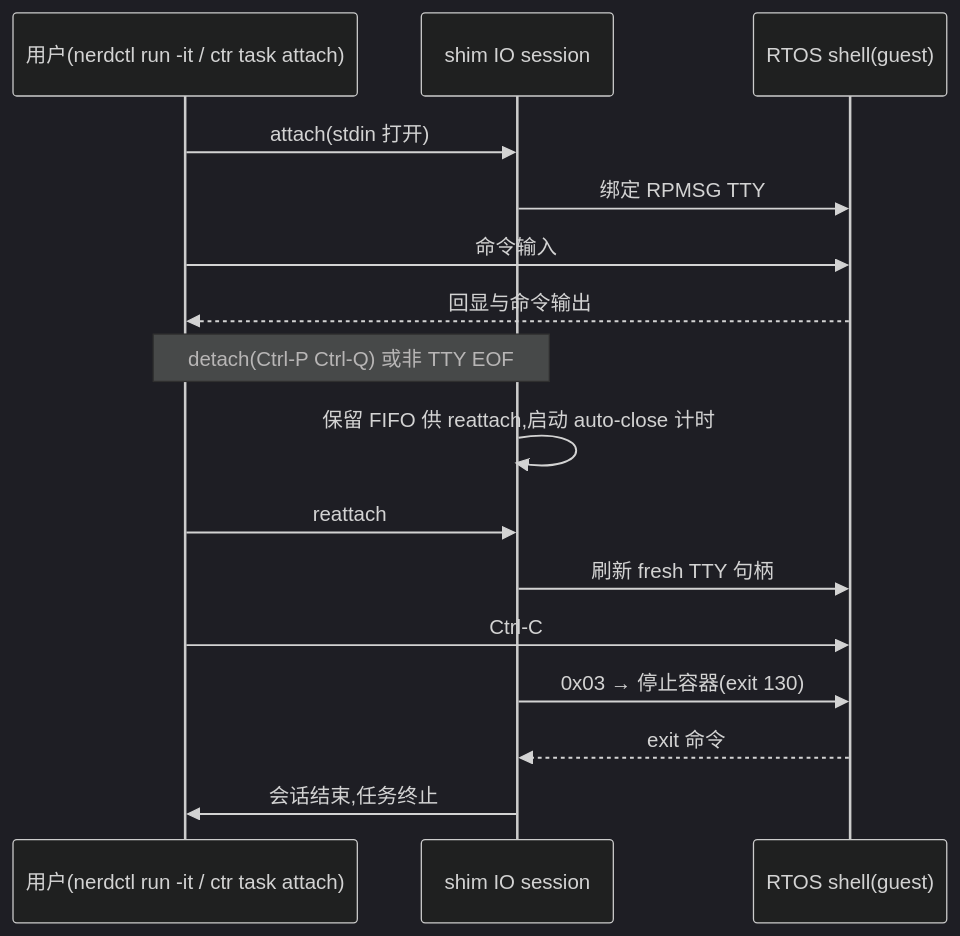
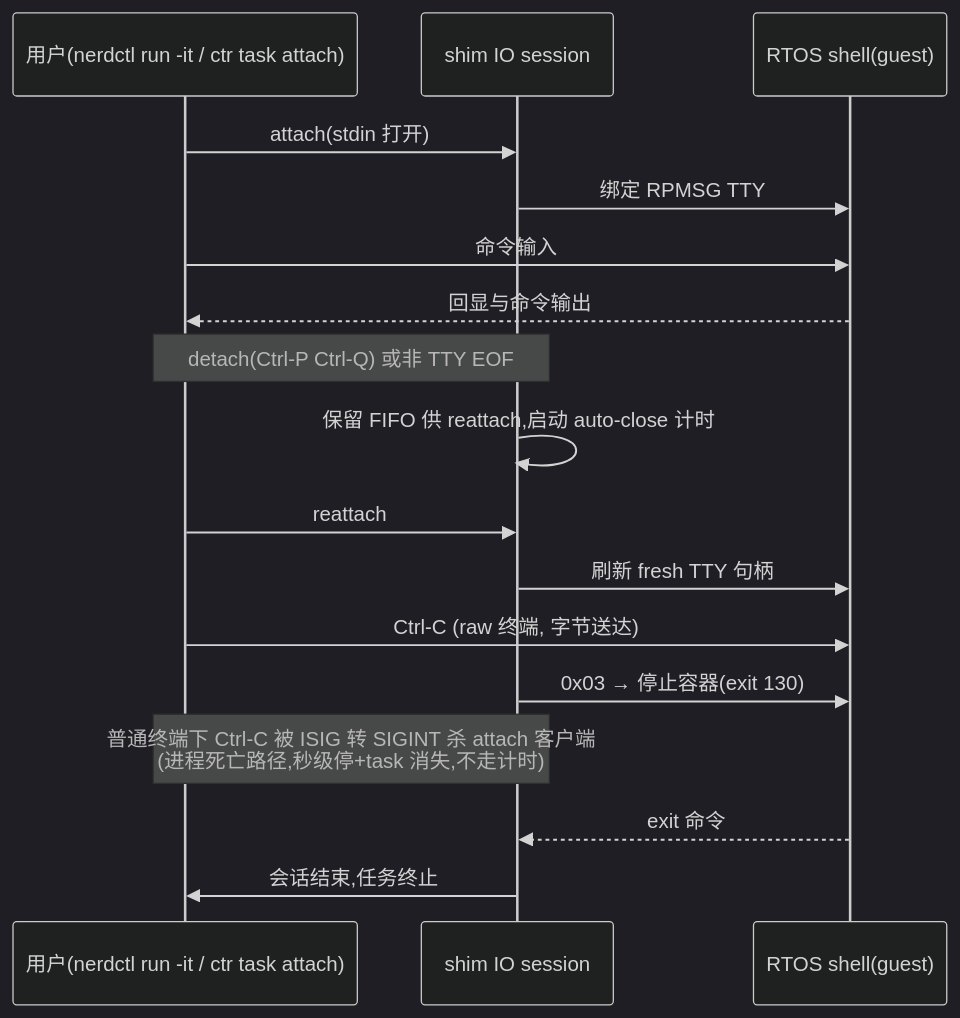
Before and after one commit to openeuler-mirror/mcs: the fifth of 8 diagrams in micrun/docs/README.md, drawn with Mermaid (dark theme). The commit also changed other lines of this file and 22 other files, not shown here.

````diff
--- a/micrun/docs/README.md
+++ b/micrun/docs/README.md
@@ -156,18 +162,19 @@
 ```mermaid
 sequenceDiagram
     participant U as 用户(nerdctl run -it / ctr task attach)
     participant S as shim IO session
     participant G as RTOS shell(guest)
     U->>S: attach(stdin 打开)
     S->>G: 绑定 RPMSG TTY
     U->>G: 命令输入
     G-->>U: 回显与命令输出
     Note over U,S: detach(Ctrl-P Ctrl-Q) 或非 TTY EOF
     S->>S: 保留 FIFO 供 reattach,启动 auto-close 计时
     U->>S: reattach
     S->>G: 刷新 fresh TTY 句柄
-    U->>G: Ctrl-C
+    U->>G: Ctrl-C (raw 终端, 字节送达)
     S->>G: 0x03 → 停止容器(exit 130)
+    Note over U,S: 普通终端下 Ctrl-C 被 ISIG 转 SIGINT 杀 attach 客户端<br/>(进程死亡路径,秒级停+task 消失,不走计时)
     G-->>S: exit 命令
     S->>U: 会话结束,任务终止
 ```
````
